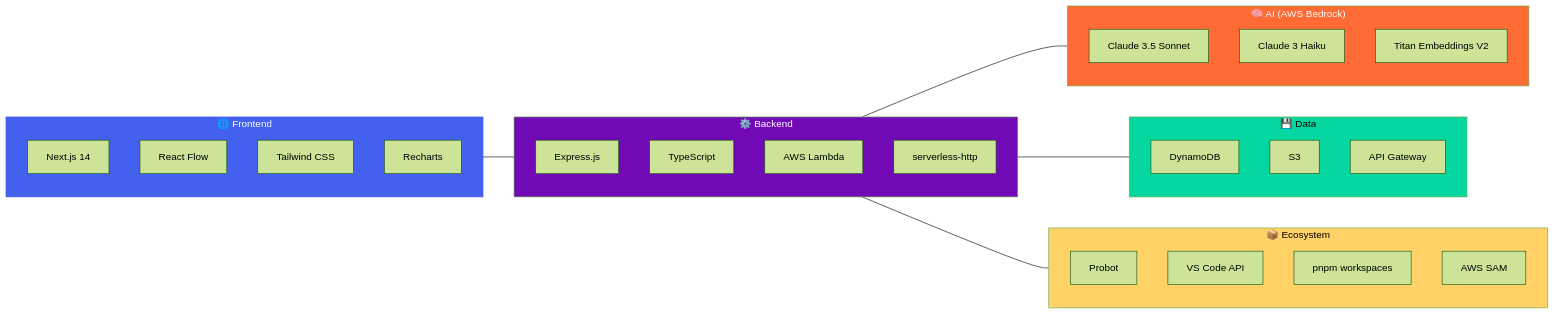
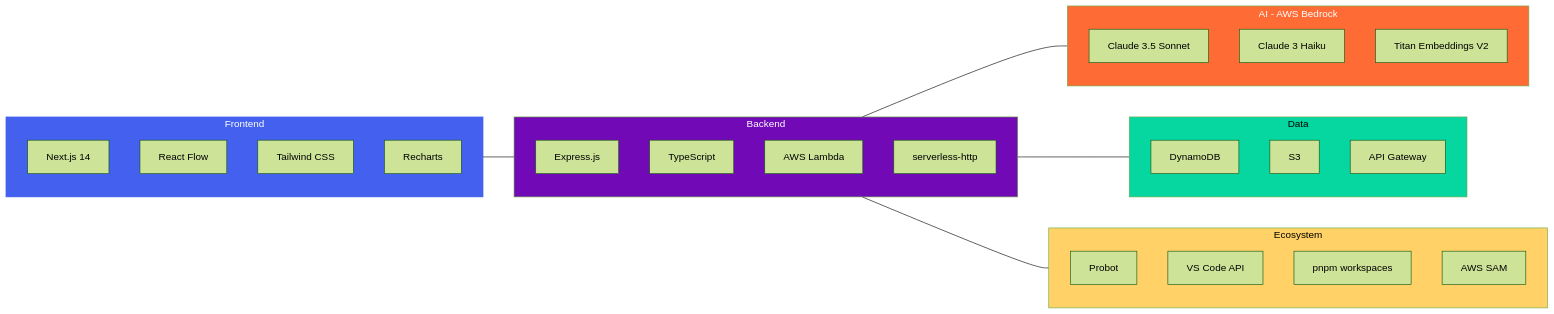
The seventh of 14 diagrams in README.md (STIWARTs/AutoDev-AI), drawn with Mermaid (forest theme) before and after one commit. The commit also changed other lines of this file, not shown here.

Commit message:
docs: fix mermaid parse errors - remove emojis from diagrams, fix S3 style typo

````diff
--- a/README.md
+++ b/README.md
@@ -508,45 +508,45 @@
 ```mermaid
 graph LR
-    subgraph FE["🌐 Frontend"]
+    subgraph FE["Frontend"]
         style FE fill:#4361EE,color:#fff,stroke:#4361EE
         N["Next.js 14"]
         RF["React Flow"]
         TW["Tailwind CSS"]
         RC["Recharts"]
     end
 
-    subgraph BE["⚙️ Backend"]
+    subgraph BE["Backend"]
         style BE fill:#7209B7,color:#fff
         EX["Express.js"]
         TS["TypeScript"]
         LM["AWS Lambda"]
         SH["serverless-http"]
     end
 
-    subgraph AI["🧠 AI (AWS Bedrock)"]
+    subgraph AI["AI - AWS Bedrock"]
         style AI fill:#FF6B35,color:#fff
         CS["Claude 3.5 Sonnet"]
         CH["Claude 3 Haiku"]
         TE["Titan Embeddings V2"]
     end
 
-    subgraph DA["💾 Data"]
+    subgraph DA["Data"]
         style DA fill:#06D6A0,color:#000
         DY["DynamoDB"]
         S3["S3"]
         AG["API Gateway"]
     end
 
-    subgraph EX2["📦 Ecosystem"]
+    subgraph EX2["Ecosystem"]
         style EX2 fill:#FFD166,color:#000
         PB["Probot"]
         VS["VS Code API"]
         PN["pnpm workspaces"]
         SM["AWS SAM"]
     end
 
     FE --- BE
     BE --- AI
     BE --- DA
     BE --- EX2
 ```
````
